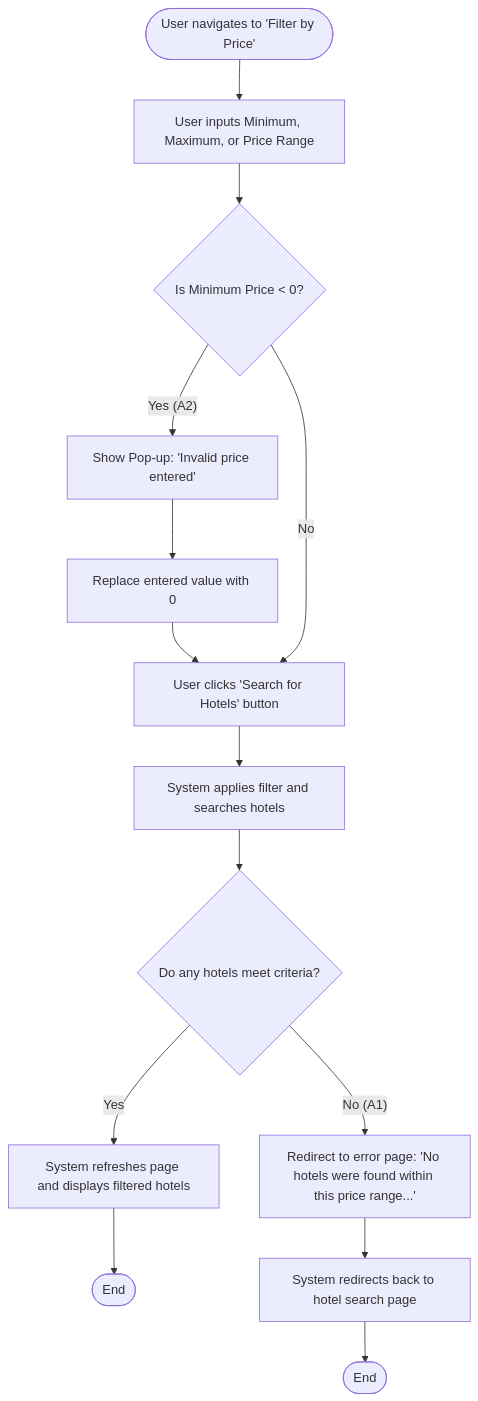
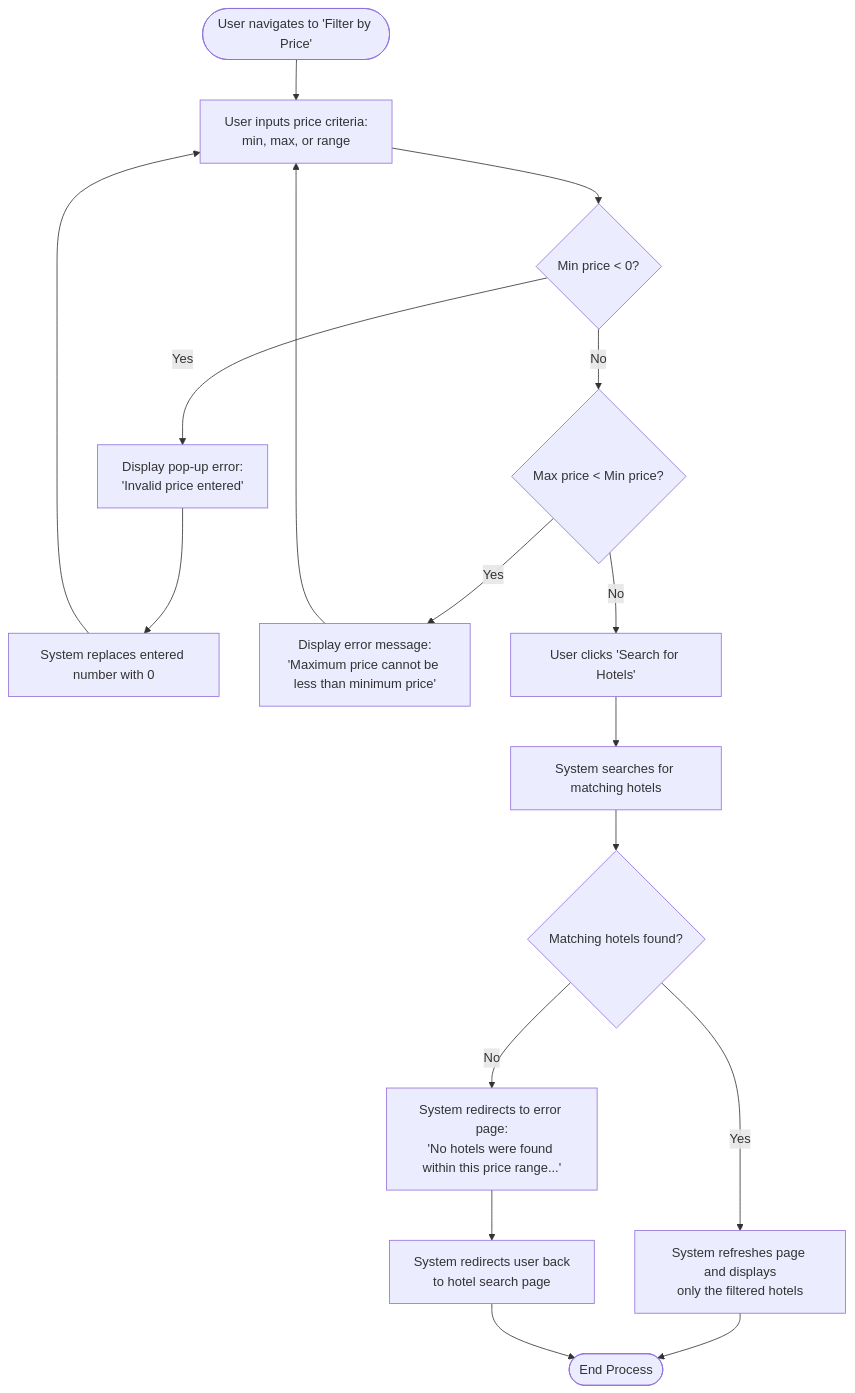
Before and after one commit to SeveNzy0/ba-travelmate-booking-request: the diagram in docs/diagram.md, drawn with Mermaid.

Commit message:
change diagram

````diff
--- a/docs/diagram.md
+++ b/docs/diagram.md
@@ -7,27 +7,32 @@
 ```mermaid
-flowchart TD
-    Start([User navigates to 'Filter by Price']) --> PriceInput[User inputs Minimum, Maximum, or Price Range]
+graph TD
+    Start([User navigates to 'Filter by Price']) --> InputPrice[User inputs price criteria:<br>min, max, or range]
+
+    InputPrice --> CheckMin{Min price < 0?}
     
-    PriceInput --> CheckMin{Is Minimum Price < 0?}
+    %% Alternate Flow A2 (Negative price)
+    CheckMin -- Yes --> A2_Error[Display pop-up error:<br>'Invalid price entered']
+    A2_Error --> A2_Reset[System replaces entered number with 0]
+    A2_Reset --> InputPrice
+
+    %% Range Validation (Max < Min)
+    CheckMin -- No --> CheckRange{Max price < Min price?}
     
-    %% Alternative Flow A2: Negative Price Input
-    CheckMin -- Yes (A2) --> ErrMin[Show Pop-up: 'Invalid price entered']
-    ErrMin --> FixMin[Replace entered value with 0]
-    FixMin --> SearchBtn
-    
-    CheckMin -- No --> SearchBtn[User clicks 'Search for Hotels' button]
-    
-    SearchBtn --> QuerySystem[System applies filter and searches hotels]
-    
-    QuerySystem --> CheckResults{Do any hotels meet criteria?}
-    
-    %% Main Success Flow
-    CheckResults -- Yes --> DisplayHotels[System refreshes page and displays filtered hotels]
-    DisplayHotels --> EndSuccess([End])
-    
-    %% Alternative Flow A1: No Hotels Found
-    CheckResults -- No (A1) --> ErrNoResults[Redirect to error page: 'No hotels were found within this price range...']
-    ErrNoResults --> RedirectSearch[System redirects back to hotel search page]
-    RedirectSearch --> EndFail([End])
+    CheckRange -- Yes --> RangeError[Display error message:<br>'Maximum price cannot be less than minimum price']
+    RangeError --> InputPrice
 
+    %% Main Flow
+    CheckRange -- No --> ClickSearch[User clicks 'Search for Hotels']
+    ClickSearch --> ExecuteSearch[System searches for matching hotels]
+
+    ExecuteSearch --> CheckResults{Matching hotels found?}
+
+    %% Main Flow Outcome
+    CheckResults -- Yes --> DisplayHotels[System refreshes page and displays<br>only the filtered hotels]
+    DisplayHotels --> End([End Process])
+
+    %% Alternate Flow A1 (No hotels found)
+    CheckResults -- No --> A1_RedirectError[System redirects to error page:<br>'No hotels were found within this price range...']
+    A1_RedirectError --> A1_ReturnSearch[System redirects user back<br>to hotel search page]
+    A1_ReturnSearch --> End
 ```
````
